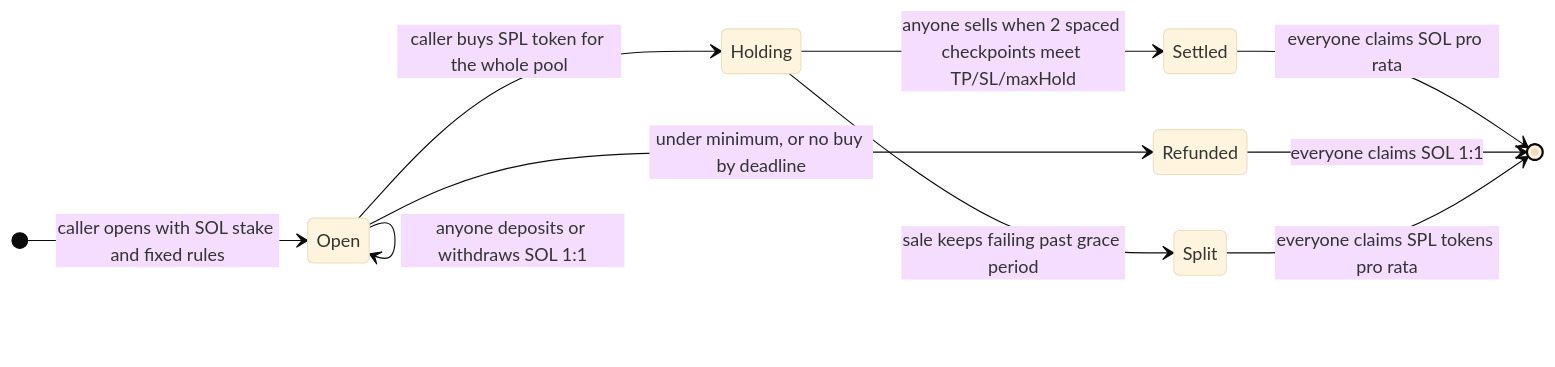
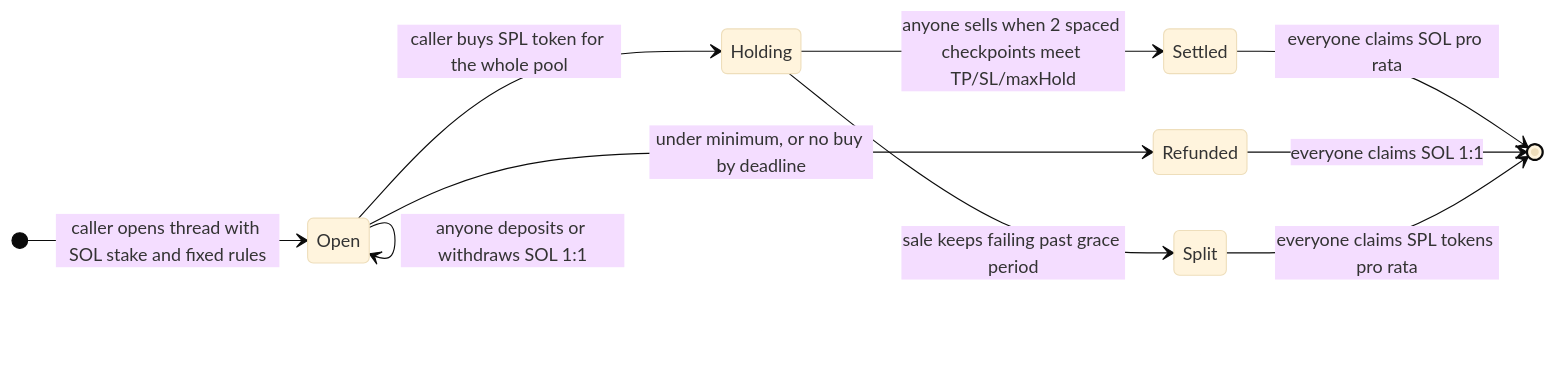
One commit to rebelchain/percaya changed the first of 2 diagrams in README.md. Above: the diagram before and after it, drawn with Mermaid (base theme). The commit also changed other lines of this file and 6 other files, not shown here.

````diff
--- a/README.md
+++ b/README.md
@@ -43,13 +45,13 @@
 ```mermaid
 stateDiagram-v2
     direction LR
-    [*] --> Open: caller opens with SOL stake and fixed rules
+    [*] --> Open: caller opens thread with SOL stake and fixed rules
     Open --> Open: anyone deposits or withdraws SOL 1:1
     Open --> Holding: caller buys SPL token for the whole pool
     Open --> Refunded: under minimum, or no buy by deadline
     Holding --> Settled: anyone sells when 2 spaced checkpoints meet TP/SL/maxHold
     Holding --> Split: sale keeps failing past grace period
     Settled --> [*]: everyone claims SOL pro rata
     Refunded --> [*]: everyone claims SOL 1:1
     Split --> [*]: everyone claims SPL tokens pro rata
 ```
````
